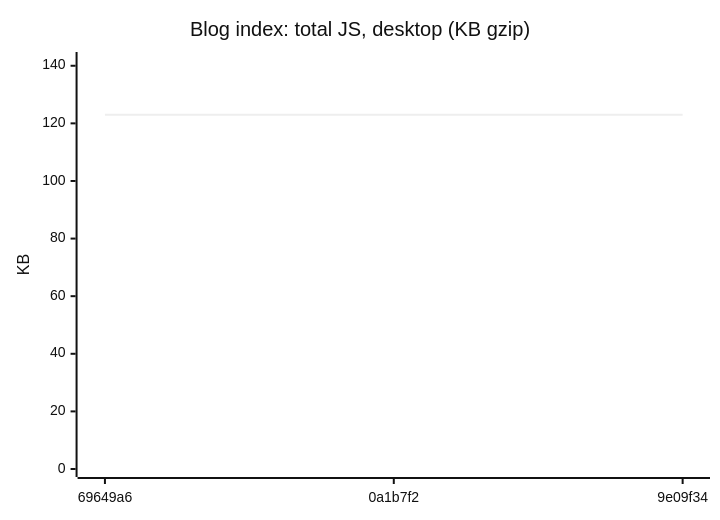
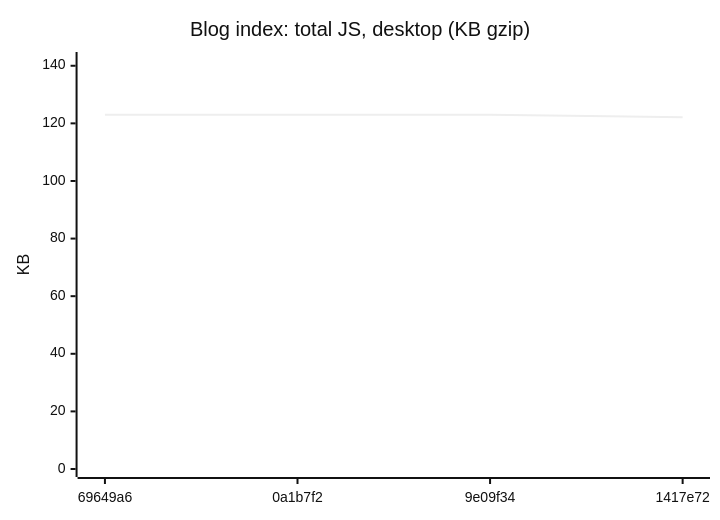
Before and after one commit to AxelUser/maltsev.space: the third of 18 diagrams in README.md, drawn with Mermaid (neutral theme). The commit also changed other lines of this file and 1 other file, not shown here.

````diff
--- a/README.md
+++ b/README.md
@@ -53,7 +53,7 @@
 ```mermaid
 xychart-beta
   title "Blog index: total JS, desktop (KB gzip)"
-  x-axis ["69649a6", "0a1b7f2", "9e09f34"]
+  x-axis ["69649a6", "0a1b7f2", "9e09f34", "1417e72"]
   y-axis "KB" 0 --> 142
-  line [123, 123, 123]
+  line [123, 123, 123, 122.1]
 ```
````
